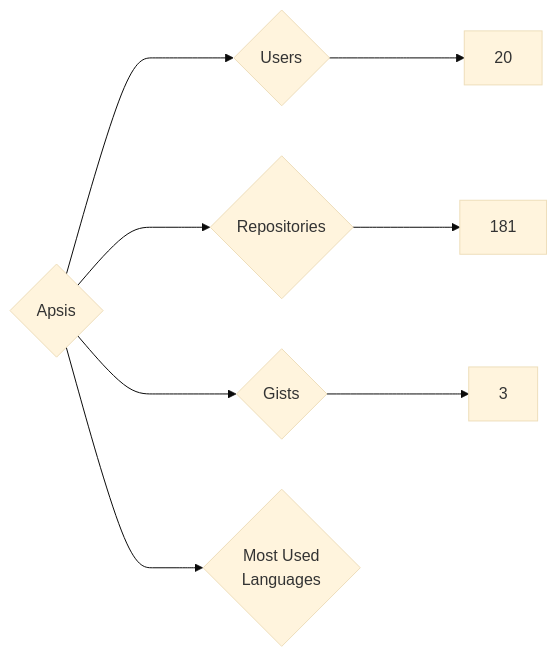
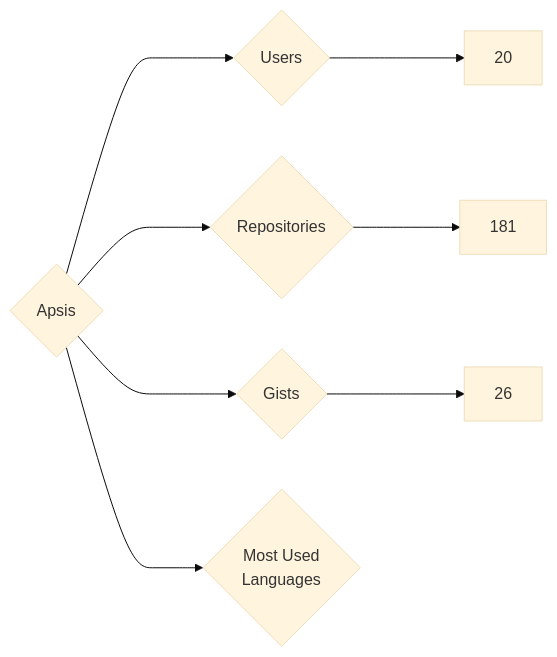
One commit to nenadzaric/insiders changed the diagram in targets/Apsis/README.md. Above: the diagram before and after it, drawn with Mermaid (base theme). The commit also changed 1342 other files, not shown here.

````diff
--- a/targets/Apsis/README.md
+++ b/targets/Apsis/README.md
@@ -3,8 +3,8 @@
 ```mermaid
 graph LR
 COMPANY_NAME{Apsis}
 COMPANY_NAME ---> U{Users} ---> UN[20]
 COMPANY_NAME ---> R{Repositories} ---> RN[181]
-COMPANY_NAME ---> G{Gists} ---> GN[3]
+COMPANY_NAME ---> G{Gists} ---> GN[26]
 COMPANY_NAME ---> ML{Most Used<br>Languages}
 ```
````
